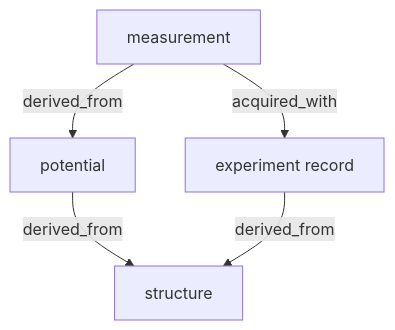
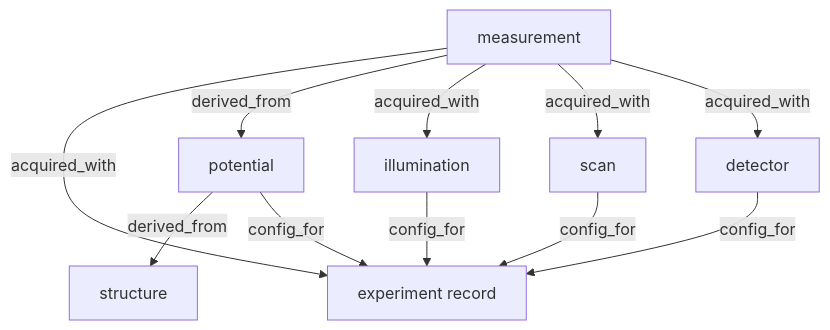
One commit to jagar2/abTEM changed the diagram in abtem/dataerai/README.md. Above: the diagram before and after it, drawn with Mermaid. The commit also changed other lines of this file and 7 other files, not shown here.

````diff
--- a/abtem/dataerai/README.md
+++ b/abtem/dataerai/README.md
@@ -55,7 +61,13 @@
 ```mermaid
 graph TD
     M[measurement] -- acquired_with --> E[experiment record]
     M -- derived_from --> P[potential]
+    M -- acquired_with --> I[illumination]
+    M -- acquired_with --> SC[scan]
+    M -- acquired_with --> D[detector]
     P -- derived_from --> S[structure]
-    E -- derived_from --> S
+    P -- config_for --> E
+    I -- config_for --> E
+    SC -- config_for --> E
+    D -- config_for --> E
 ```
````
